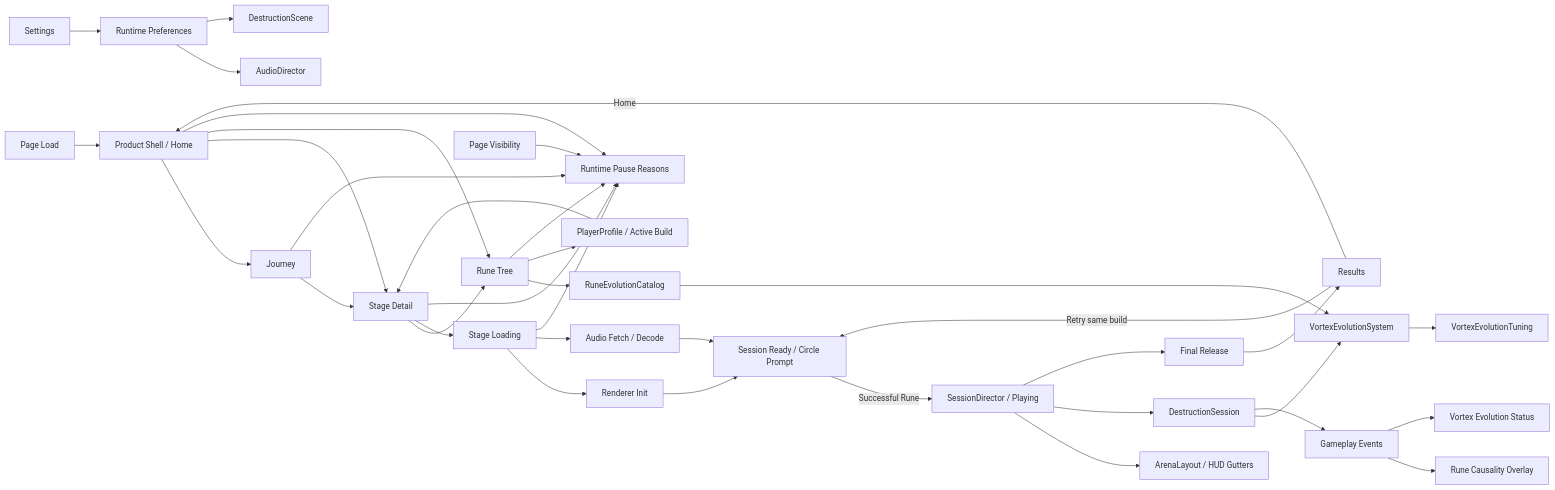
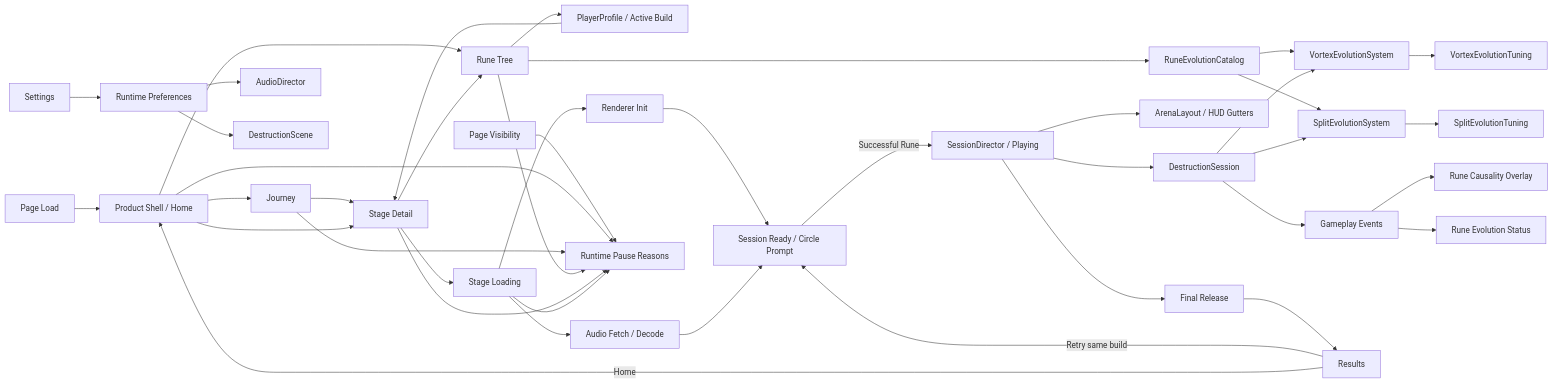
Before and after one commit to zeroLR/2D-game-playground: the diagram in rune-ball/README.md, drawn with Mermaid. The commit also changed other lines of this file and 22 other files, not shown here.

Commit message:
feat(rune-ball): author Split evolution paths

````diff
--- a/rune-ball/README.md
+++ b/rune-ball/README.md
@@ -79,42 +86,45 @@
 ```mermaid
 flowchart LR
   Boot[Page Load] --> Home[Product Shell / Home]
 
   Home --> Journey[Journey]
   Journey --> Stage[Stage Detail]
   Home --> Stage
   Home --> Runes[Rune Tree]
   Stage --> Runes
   Runes --> Catalog[RuneEvolutionCatalog]
   Runes --> Profile[PlayerProfile / Active Build]
   Catalog --> Evolution[VortexEvolutionSystem]
+  Catalog --> SplitEvolution[SplitEvolutionSystem]
   Profile --> Stage
 
   Stage --> Loading[Stage Loading]
   Loading --> Renderer[Renderer Init]
   Loading --> Audio[Audio Fetch / Decode]
   Renderer --> Ready[Session Ready / Circle Prompt]
   Audio --> Ready
   Ready -->|Successful Rune| Run[SessionDirector / Playing]
   Run --> Layout[ArenaLayout / HUD Gutters]
   Run --> Domain[DestructionSession]
   Domain --> Evolution
+  Domain --> SplitEvolution
   Evolution --> Tuning[VortexEvolutionTuning]
+  SplitEvolution --> SplitTuning[SplitEvolutionTuning]
   Domain --> Events[Gameplay Events]
   Events --> Causality[Rune Causality Overlay]
-  Events --> Status[Vortex Evolution Status]
+  Events --> Status[Rune Evolution Status]
   Run --> Final[Final Release]
   Final --> Results[Results]
   Results -->|Retry same build| Ready
   Results -->|Home| Home
 
   Settings[Settings] --> Prefs[Runtime Preferences]
   Prefs --> AudioDirector[AudioDirector]
   Prefs --> Scene[DestructionScene]
   Visibility[Page Visibility] --> Pause[Runtime Pause Reasons]
   Home --> Pause
   Journey --> Pause
   Runes --> Pause
   Stage --> Pause
   Loading --> Pause
 ```
````
